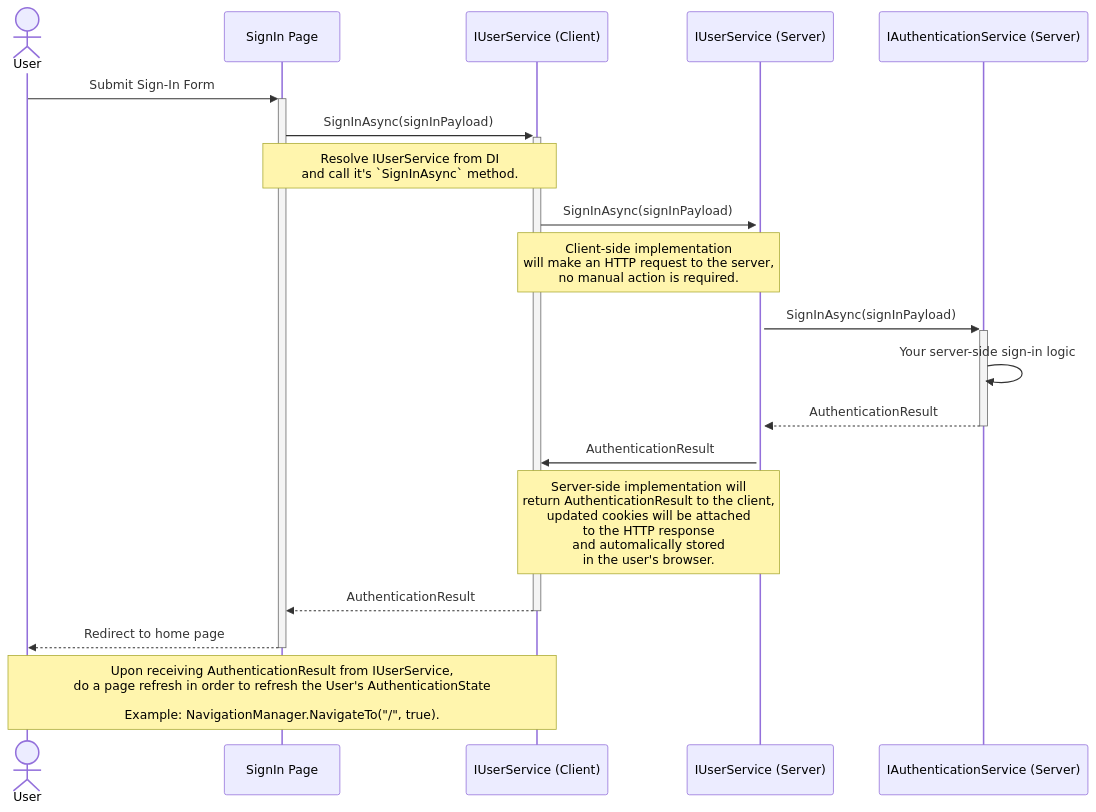
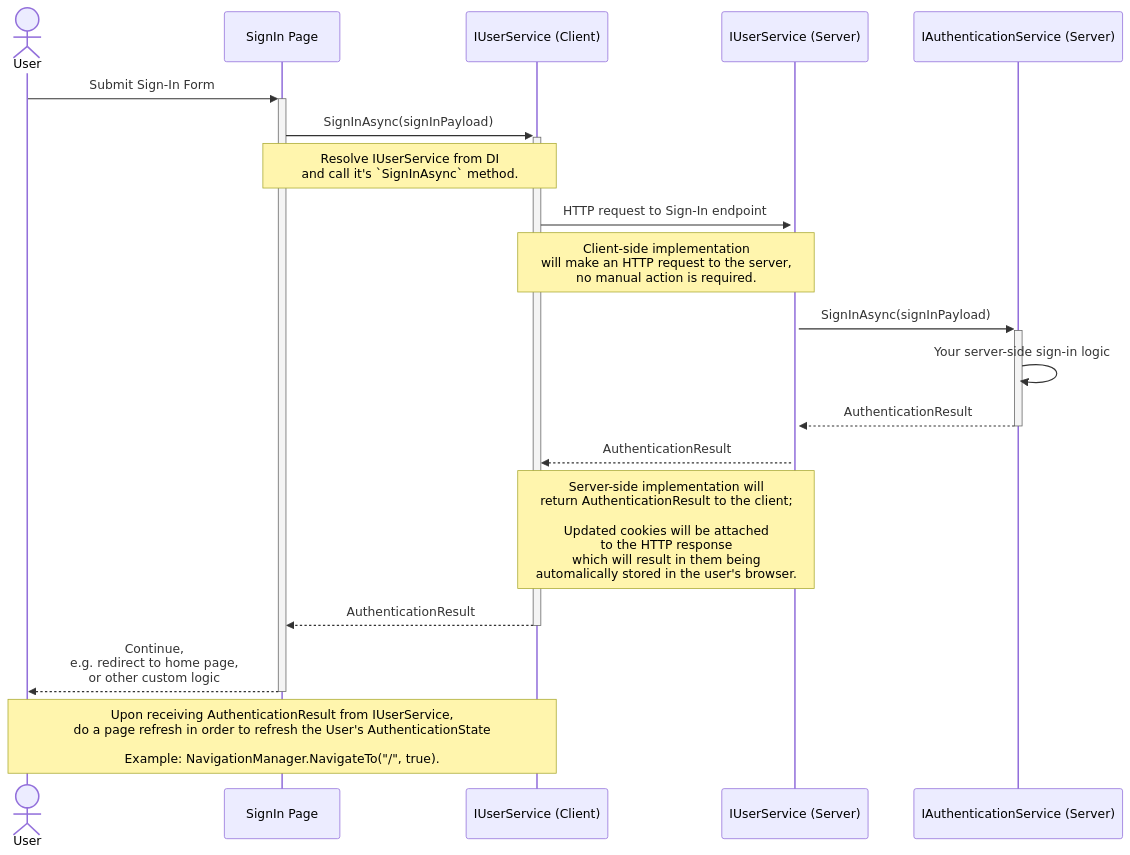
The first of 3 diagrams in docs/src/04.use-cases/01.interactive-webassembly.md (BitzArt/Blazor.Auth), drawn with Mermaid before and after one commit. The commit also changed other lines of this file, not shown here.

Commit message:
Update Interactive WebAssembly use-cases diagrams

````diff
--- a/docs/src/04.use-cases/01.interactive-webassembly.md
+++ b/docs/src/04.use-cases/01.interactive-webassembly.md
@@ -9,27 +9,27 @@
 ```mermaid
 sequenceDiagram
 
 actor user as User
 participant page as SignIn Page
 participant userServiceClient as IUserService (Client)
 participant userServiceServer as IUserService (Server)
 participant authService as IAuthenticationService (Server)
 
 user ->>+ page: Submit Sign-In Form
 page ->>+ userServiceClient: SignInAsync(signInPayload)
 note over page,userServiceClient: Resolve IUserService from DI<br/> and call it's `SignInAsync` method.
-userServiceClient ->>+ userServiceServer: SignInAsync(signInPayload)
+userServiceClient ->>+ userServiceServer: HTTP request to Sign-In endpoint
 note over userServiceClient,userServiceServer: Client-side implementation <br/> will make an HTTP request to the server, <br/> no manual action is required.
 
 userServiceServer ->>+ authService: SignInAsync(signInPayload)
 authService ->> authService: Your server-side sign-in logic
 
 authService -->>- userServiceServer: AuthenticationResult
-userServiceServer ->> userServiceClient: AuthenticationResult
-note over userServiceServer,userServiceClient: Server-side implementation will <br/> return AuthenticationResult to the client, <br/> updated cookies will be attached <br/> to the HTTP response <br/> and automalically stored <br/> in the user's browser.
+userServiceServer -->> userServiceClient: AuthenticationResult
+note over userServiceServer,userServiceClient: Server-side implementation will <br/> return AuthenticationResult to the client#59; <br/><br/> Updated cookies will be attached <br/> to the HTTP response <br/> which will result in them being <br/> automalically stored in the user's browser.
 
 userServiceClient -->>- page: AuthenticationResult
-page -->>- user: Redirect to home page
+page -->>- user: Continue, <br/> e.g. redirect to home page, <br/> or other custom logic
 
 note over user,userServiceClient: Upon receiving AuthenticationResult from IUserService, <br/> do a page refresh in order to refresh the User's AuthenticationState<br/><br/> Example: NavigationManager.NavigateTo("/", true).
 ```
````
